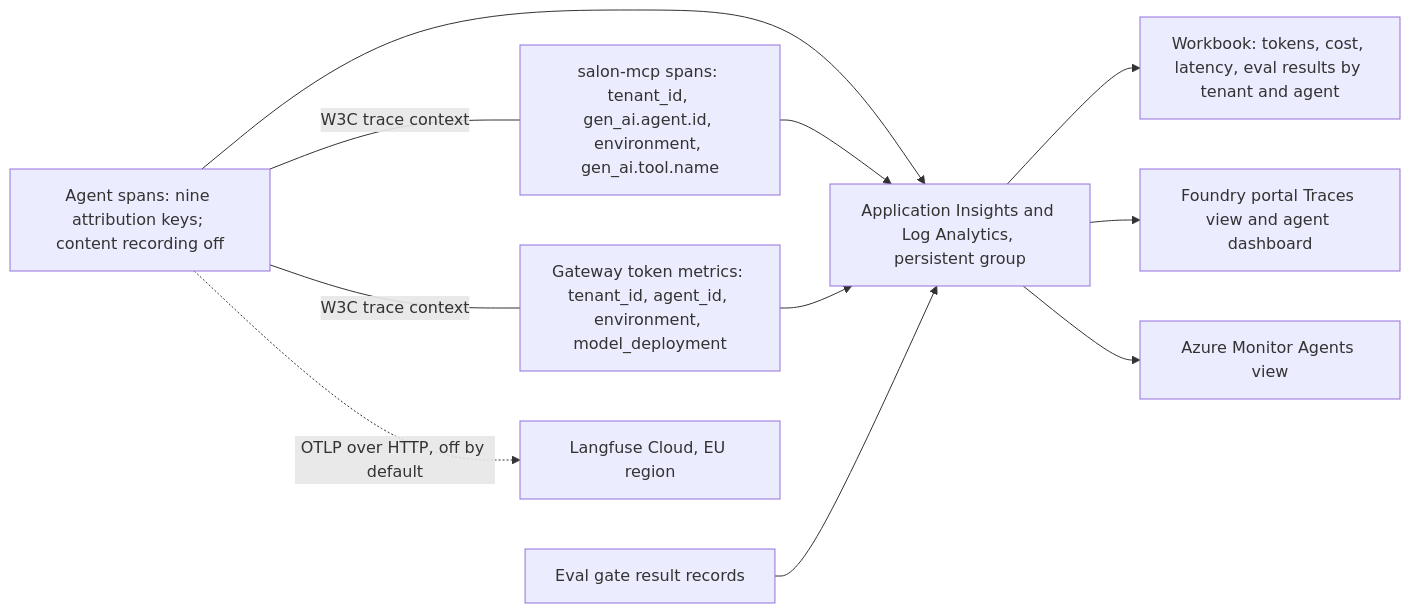
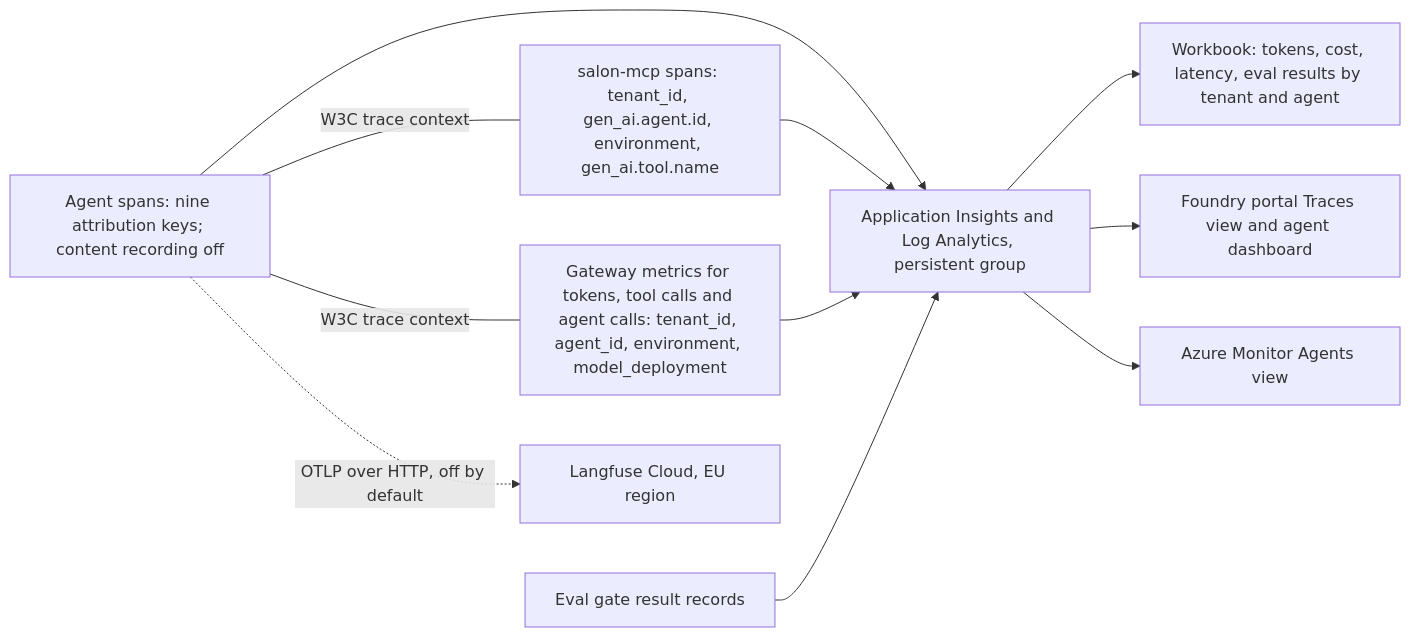
One commit to ranaidrees/MultiTenantAgentFactory changed the sixth of 7 diagrams in docs/spec-phase-0-1.md. Above: the diagram before and after it, drawn with Mermaid. The commit also changed other lines of this file, not shown here.

````diff
--- a/docs/spec-phase-0-1.md
+++ b/docs/spec-phase-0-1.md
@@ -700,13 +755,13 @@
 ```mermaid
 flowchart LR
   agent["Agent spans: nine attribution keys; content recording off"] --> ai["Application Insights and Log Analytics, persistent group"]
   mcp["salon-mcp spans: tenant_id, gen_ai.agent.id, environment, gen_ai.tool.name"] --> ai
-  gw["Gateway token metrics: tenant_id, agent_id, environment, model_deployment"] --> ai
+  gw["Gateway metrics for tokens, tool calls and agent calls: tenant_id, agent_id, environment, model_deployment"] --> ai
   gate["Eval gate result records"] --> ai
   ai --> wb["Workbook: tokens, cost, latency, eval results by tenant and agent"]
   ai --> portal["Foundry portal Traces view and agent dashboard"]
   ai --> azmon["Azure Monitor Agents view"]
   agent -.->|"OTLP over HTTP, off by default"| lf["Langfuse Cloud, EU region"]
   agent ---|"W3C trace context"| mcp
   agent ---|"W3C trace context"| gw
 ```
````
